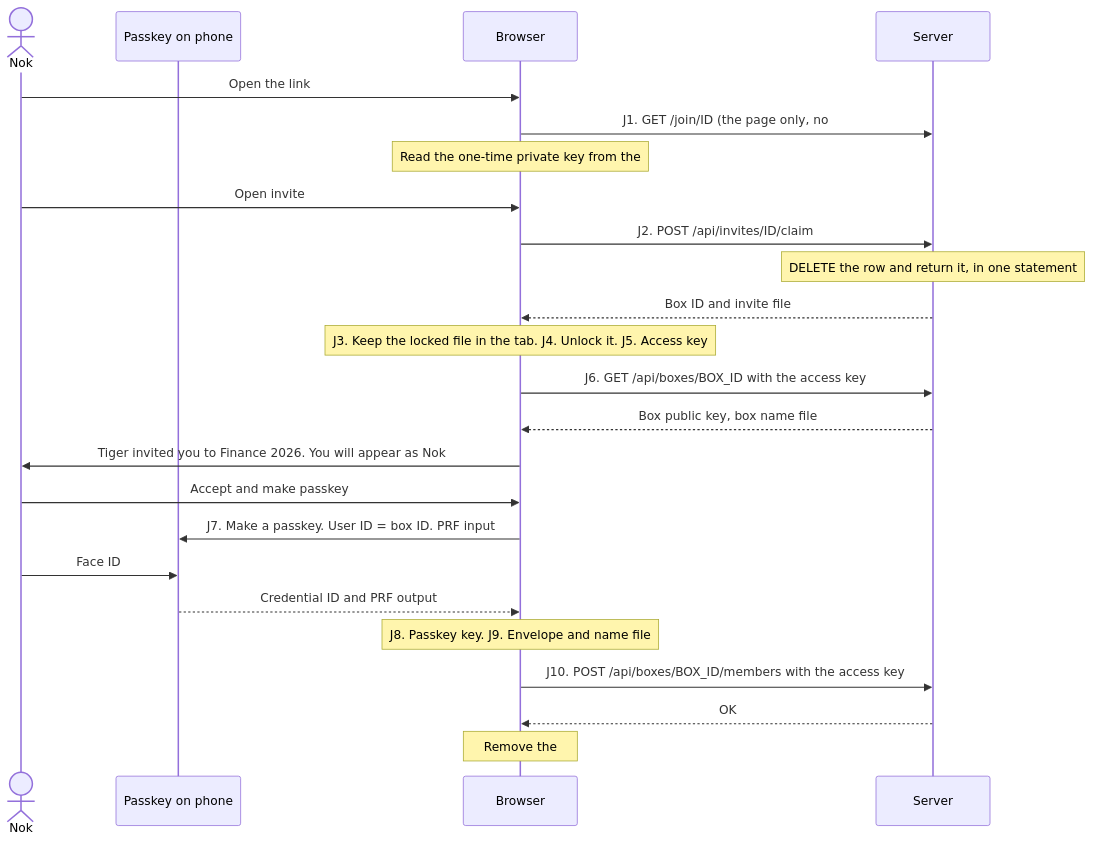
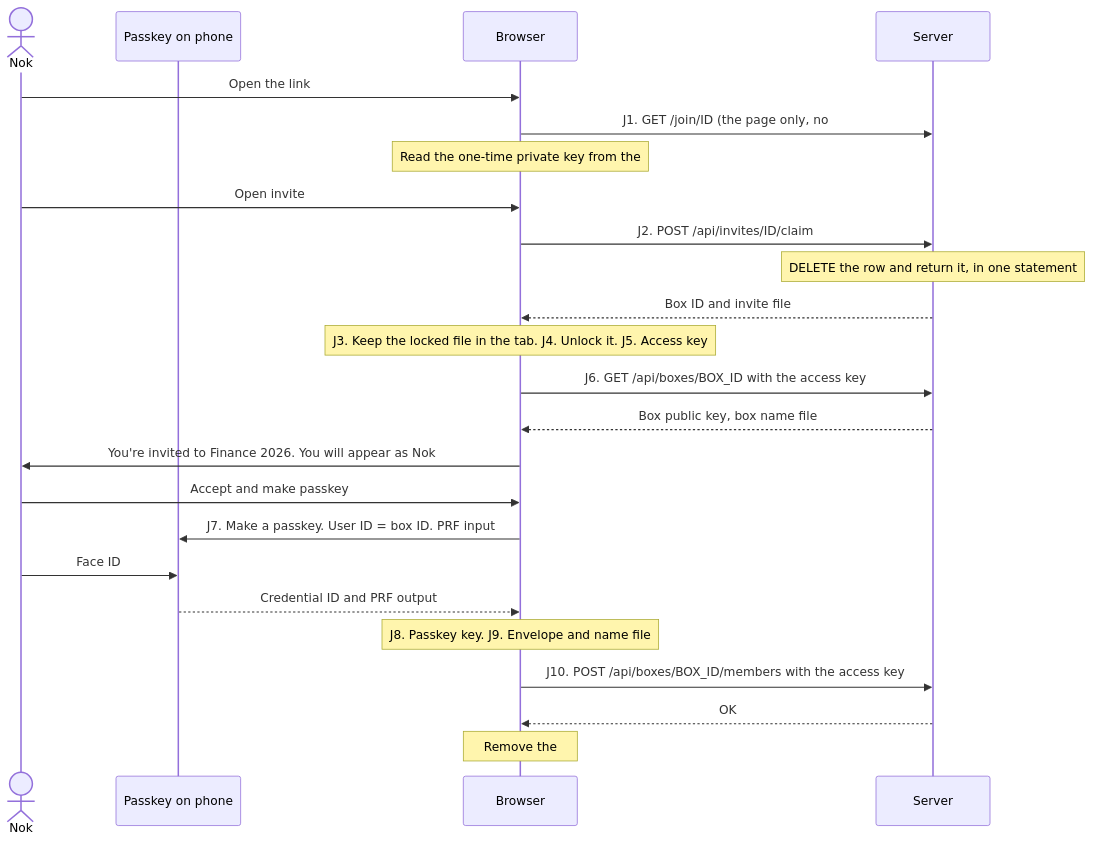
One commit to intaniger/secretbox changed the first of 2 diagrams in docs/05-use-invite.md. Above: the diagram before and after it, drawn with Mermaid. The commit also changed other lines of this file and 26 other files, not shown here.

````diff
--- a/docs/05-use-invite.md
+++ b/docs/05-use-invite.md
@@ -35,26 +35,26 @@
 ```mermaid
 sequenceDiagram
   actor N as Nok
   participant P as Passkey on phone
   participant B as Browser
   participant S as Server
   N->>B: Open the link
   B->>S: J1. GET /join/ID (the page only, no # part)
   Note over B: Read the one-time private key from the # part
   N->>B: Open invite
   B->>S: J2. POST /api/invites/ID/claim
   Note over S: DELETE the row and return it, in one statement
   S-->>B: Box ID and invite file
   Note over B: J3. Keep the locked file in the tab. J4. Unlock it. J5. Access key
   B->>S: J6. GET /api/boxes/BOX_ID with the access key
   S-->>B: Box public key, box name file
-  B->>N: Tiger invited you to Finance 2026. You will appear as Nok
+  B->>N: You're invited to Finance 2026. You will appear as Nok
   N->>B: Accept and make passkey
   B->>P: J7. Make a passkey. User ID = box ID. PRF input
   N->>P: Face ID
   P-->>B: Credential ID and PRF output
   Note over B: J8. Passkey key. J9. Envelope and name file
   B->>S: J10. POST /api/boxes/BOX_ID/members with the access key
   S-->>B: OK
   Note over B: Remove the # part from the address. The box is open
 ```
````
